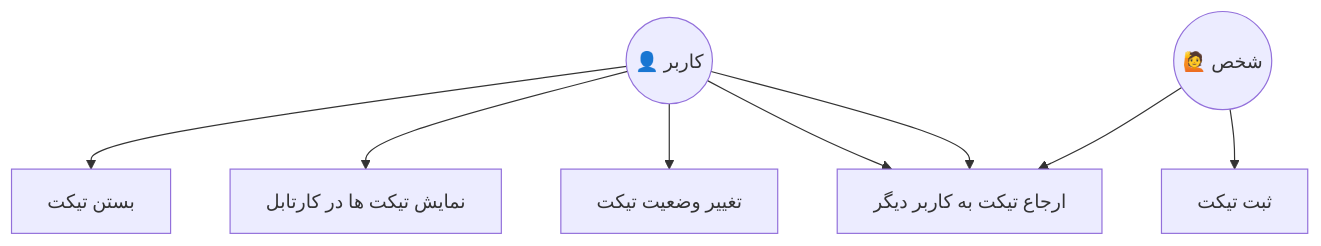
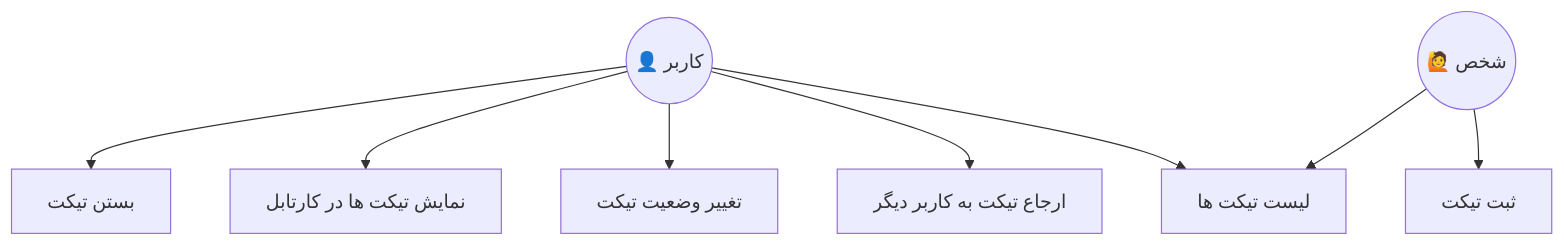
Before and after one commit to samadelmakchi/blogs: the diagram in ticketing.md, drawn with Mermaid.

````diff
--- a/ticketing.md
+++ b/ticketing.md
@@ -52,16 +52,16 @@
 ```mermaid
 
 graph TD
   actor1((👤 کاربر))
   actor2((🙋 شخص))
 
   actor2 --> UC1[ثبت تیکت]
   actor2 --> UC2[لیست تیکت ها]
 
   actor1 --> UC2
-  actor1 --> UC2[ارجاع تیکت به کاربر دیگر]
-  actor1 --> UC3[تغییر وضعیت تیکت]
-  actor1 --> UC4[نمایش تیکت ها در کارتابل]
-  actor1 --> UC5[بستن تیکت]
+  actor1 --> UC3[ارجاع تیکت به کاربر دیگر]
+  actor1 --> UC4[تغییر وضعیت تیکت]
+  actor1 --> UC5[نمایش تیکت ها در کارتابل]
+  actor1 --> UC6[بستن تیکت]
 
 ```
````
